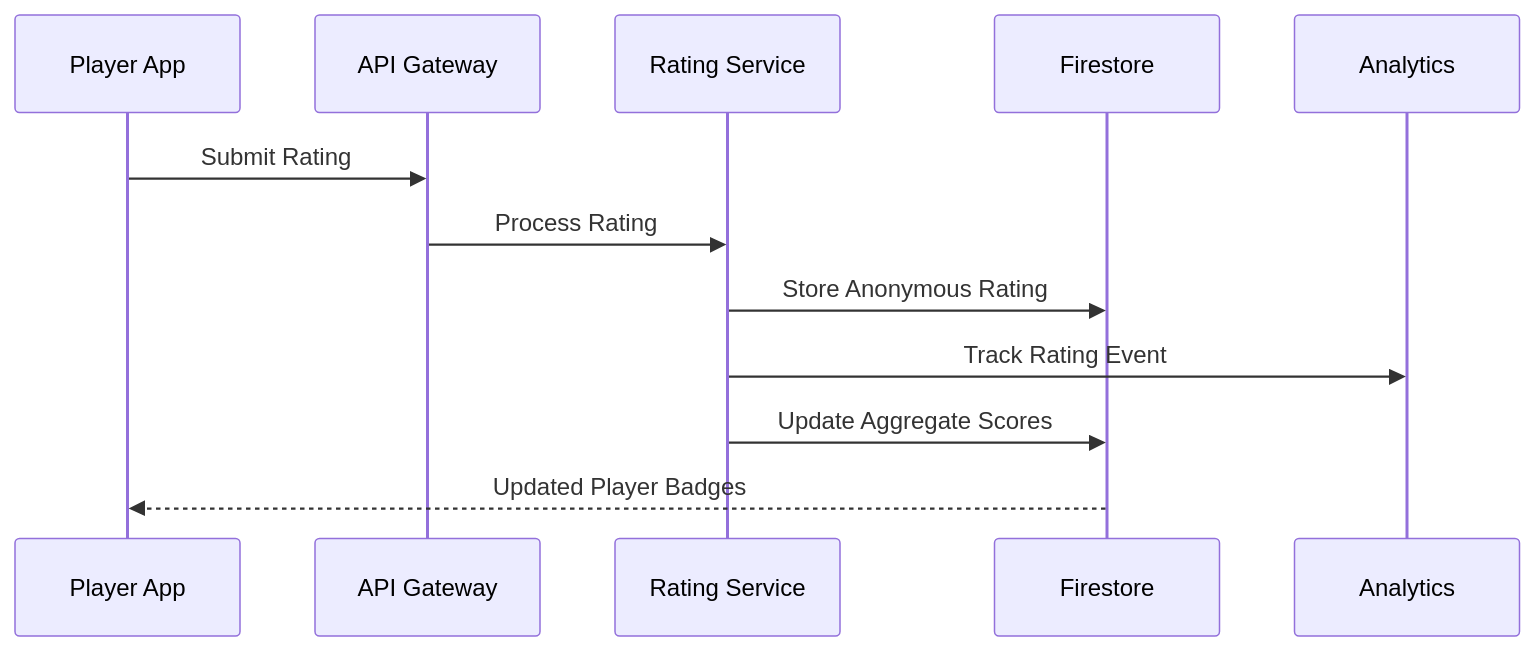
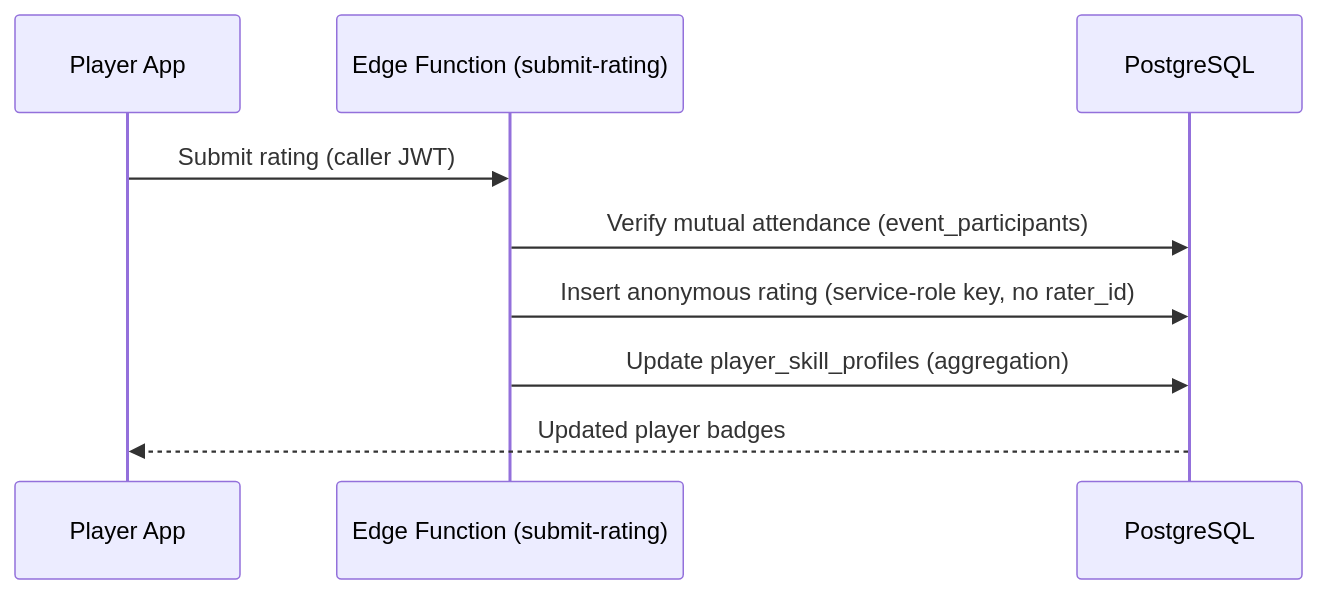
The third of 3 diagrams in docs/design/system-architecture.md (franklin51/VolleyCircle), drawn with Mermaid before and after one commit. The commit also changed other lines of this file and 6 other files, not shown here.

First line of the commit message:
docs: reconcile system-architecture and roadmap with Supabase/Expo, drop firebase.md

````diff
--- a/docs/design/system-architecture.md
+++ b/docs/design/system-architecture.md
@@ -596,15 +520,12 @@
 ```mermaid
 sequenceDiagram
     participant Player as Player App
-    participant API as API Gateway
-    participant Rating as Rating Service
-    participant DB as Firestore
-    participant Analytics as Analytics
-    
-    Player->>API: Submit Rating
-    API->>Rating: Process Rating
-    Rating->>DB: Store Anonymous Rating
-    Rating->>Analytics: Track Rating Event
-    Rating->>DB: Update Aggregate Scores
-    DB-->>Player: Updated Player Badges
+    participant Edge as Edge Function (submit-rating)
+    participant DB as PostgreSQL
+
+    Player->>Edge: Submit rating (caller JWT)
+    Edge->>DB: Verify mutual attendance (event_participants)
+    Edge->>DB: Insert anonymous rating (service-role key, no rater_id)
+    Edge->>DB: Update player_skill_profiles (aggregation)
+    DB-->>Player: Updated player badges
 ```
````
